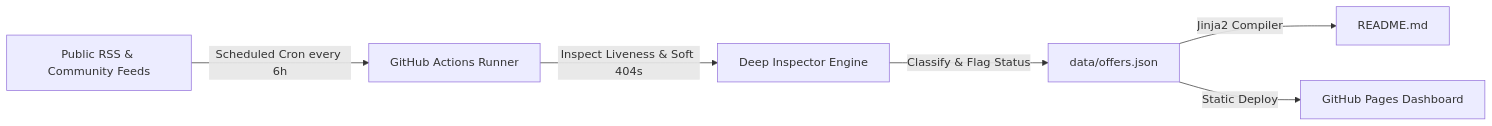
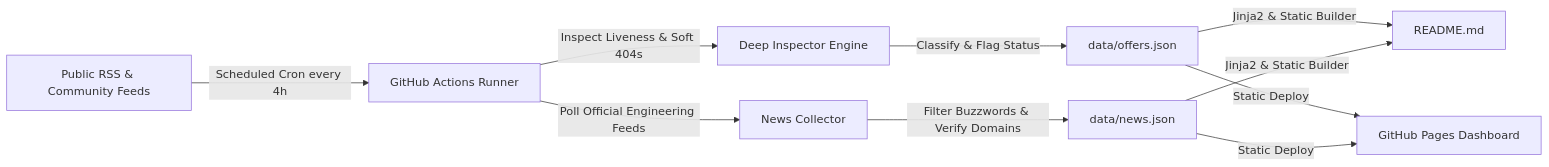
One commit to Athish2002/free-certification-tracker changed the diagram in README.md. Above: the diagram before and after it, drawn with Mermaid. The commit also changed other lines of this file and 7 other files, not shown here.

````diff
--- a/README.md
+++ b/README.md
@@ -223,8 +252,10 @@
 ```mermaid
 flowchart LR
-    A[Public RSS & Community Feeds] -->|Scheduled Cron every 6h| B[GitHub Actions Runner]
+    A[Public RSS & Community Feeds] -->|Scheduled Cron every 4h| B[GitHub Actions Runner]
     B -->|Inspect Liveness & Soft 404s| C[Deep Inspector Engine]
+    B -->|Poll Official Engineering Feeds| N[News Collector]
     C -->|Classify & Flag Status| D[data/offers.json]
-    D -->|Jinja2 Compiler| E[README.md]
-    D -->|Static Deploy| F[GitHub Pages Dashboard]
+    N -->|Filter Buzzwords & Verify Domains| M[data/news.json]
+    D & M -->|Jinja2 & Static Builder| E[README.md]
+    D & M -->|Static Deploy| F[GitHub Pages Dashboard]
 ```
````
